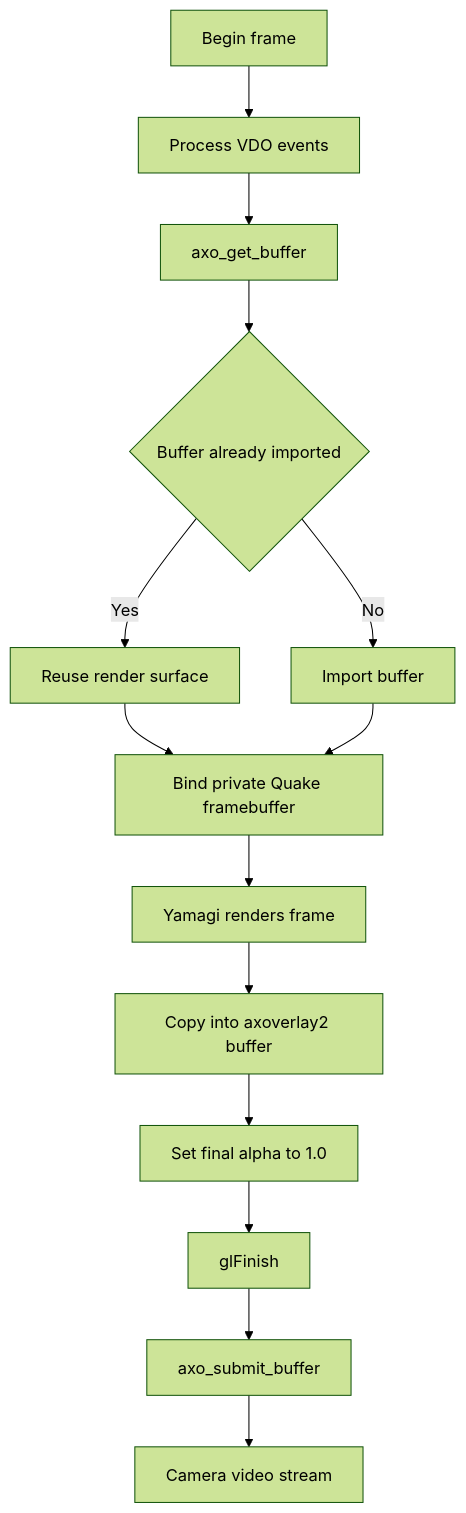
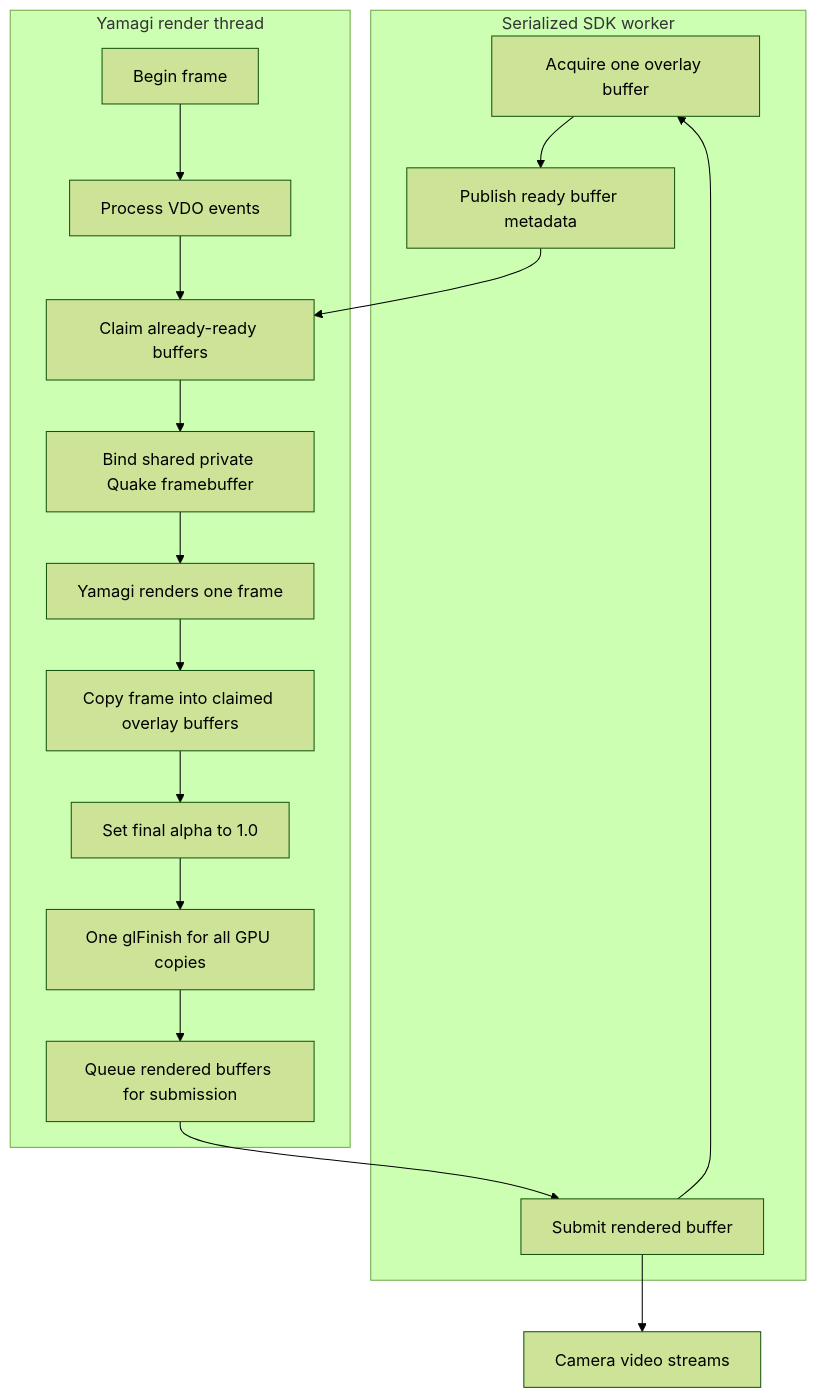
Before and after one commit to ErikMN/acap_quake2: the fourth of 5 diagrams in docs/ARCHITECTURE.md, drawn with Mermaid (forest theme). The commit also changed other lines of this file and 4 other files, not shown here.

Commit message:
Handle Quake overlay across stream changes

````diff
--- a/docs/ARCHITECTURE.md
+++ b/docs/ARCHITECTURE.md
@@ -286,21 +325,28 @@
 ```mermaid
 flowchart TD
-    Begin[Begin frame]
-    Events[Process VDO events]
-    Acquire[axo_get_buffer]
-    Known{Buffer already imported}
-    Reuse[Reuse render surface]
-    Import[Import buffer]
-    Bind[Bind private Quake framebuffer]
-    Render[Yamagi renders frame]
-    Blit[Copy into axoverlay2 buffer]
-    Alpha[Set final alpha to 1.0]
-    Finish[glFinish]
-    Submit[axo_submit_buffer]
-    Video[Camera video stream]
+    subgraph SDK[Serialized SDK worker]
+        Acquire[Acquire one overlay buffer]
+        Ready[Publish ready buffer metadata]
+        Submit[Submit rendered buffer]
+    end
 
-    Begin --> Events --> Acquire --> Known
-    Known -->|Yes| Reuse --> Bind
-    Known -->|No| Import --> Bind
-    Bind --> Render --> Blit --> Alpha --> Finish --> Submit --> Video
+    subgraph Game[Yamagi render thread]
+        Begin[Begin frame]
+        Events[Process VDO events]
+        Poll[Claim already-ready buffers]
+        Bind[Bind shared private Quake framebuffer]
+        Render[Yamagi renders one frame]
+        Blit[Copy frame into claimed overlay buffers]
+        Alpha[Set final alpha to 1.0]
+        Finish[One glFinish for all GPU copies]
+        Queue[Queue rendered buffers for submission]
+    end
+
+    Video[Camera video streams]
+
+    Acquire --> Ready --> Poll
+    Begin --> Events --> Poll
+    Poll --> Bind --> Render --> Blit --> Alpha --> Finish --> Queue
+    Queue --> Submit --> Video
+    Submit --> Acquire
 ```
````
